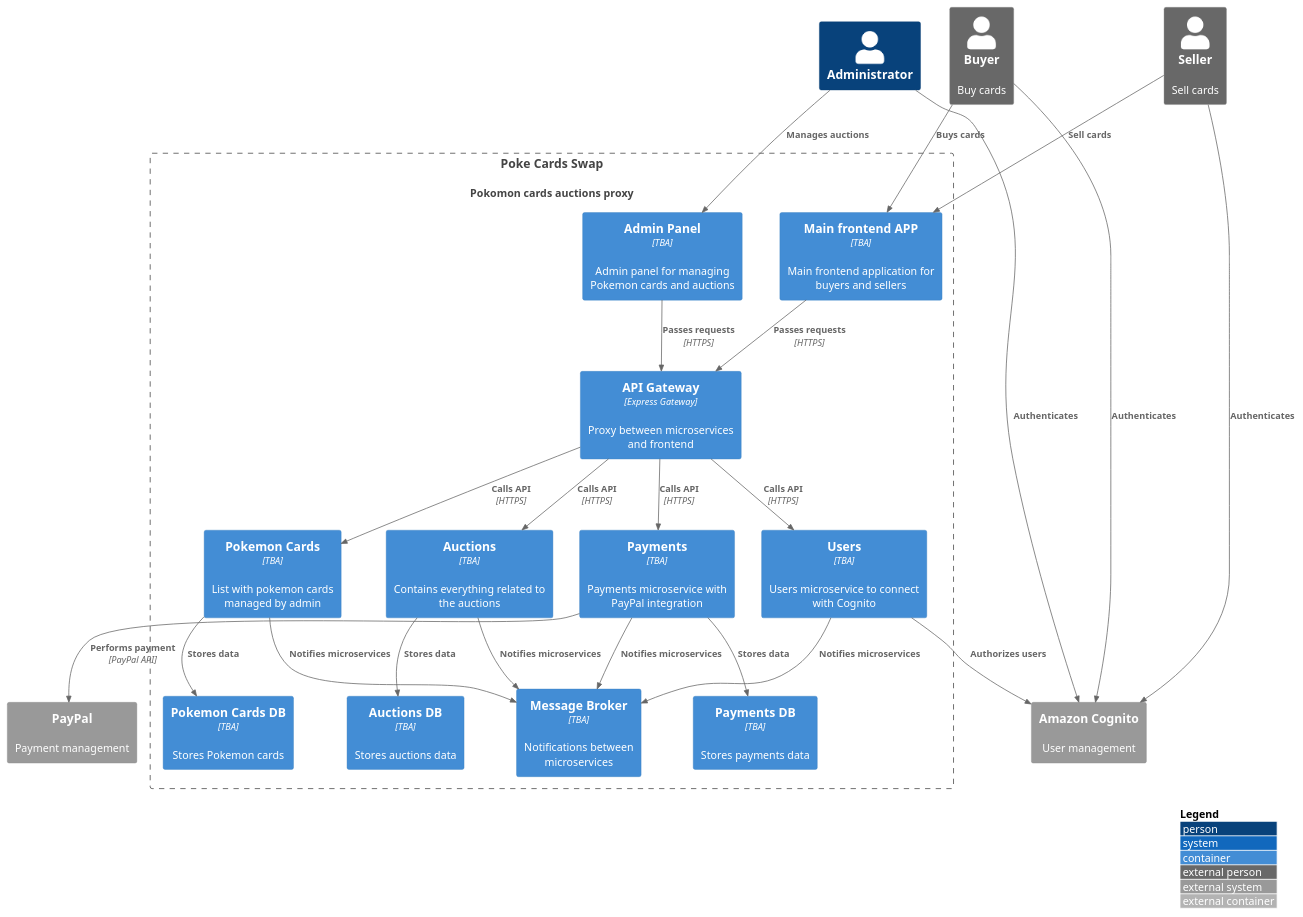
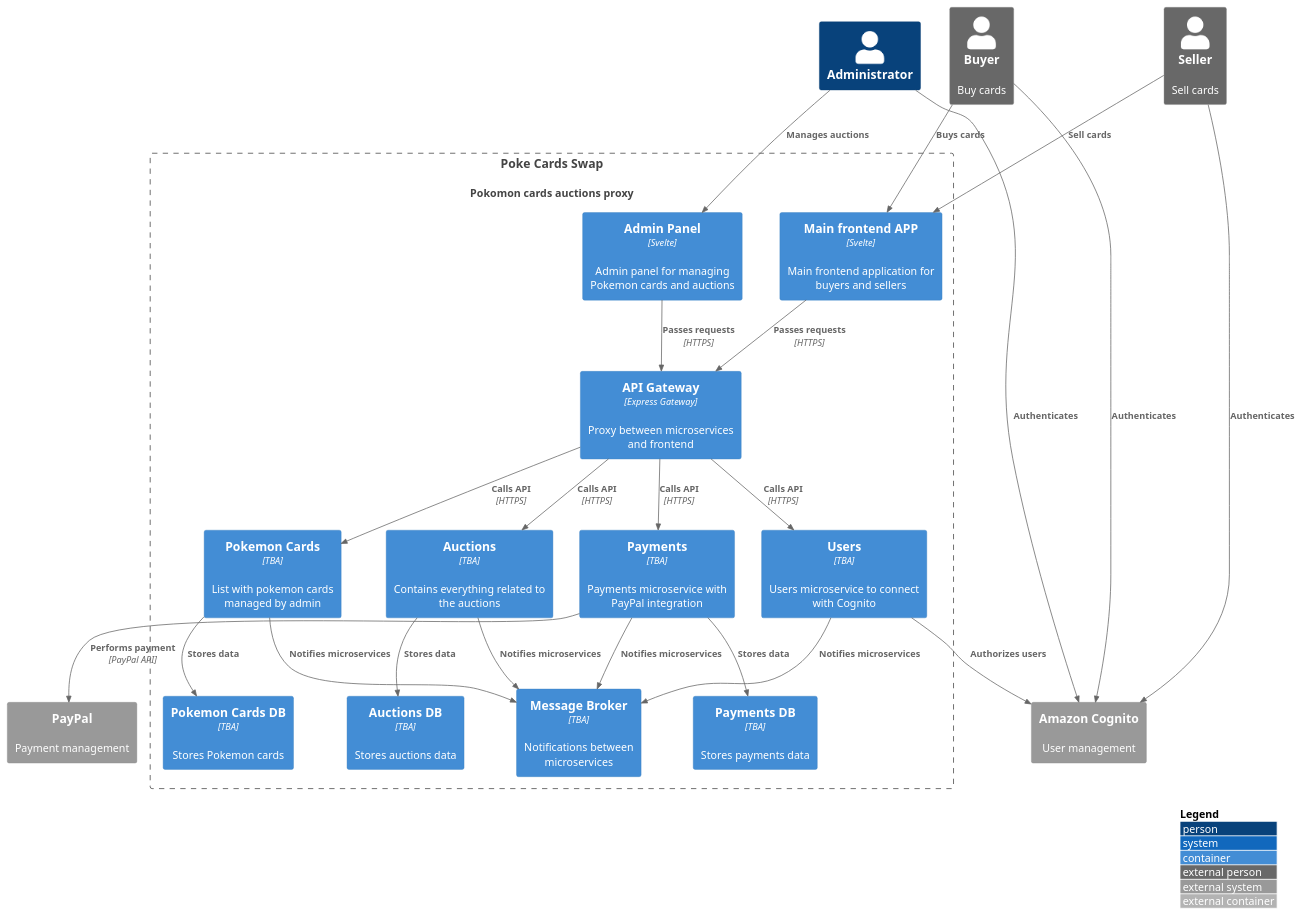
The diagram in docs/structure/PokeCards/system.puml (poke-cards-swap/poke-cards-swap), drawn with PlantUML before and after one commit.

Commit message:
Use Svelte for frontend

```diff
--- a/docs/structure/PokeCards/system.puml
+++ b/docs/structure/PokeCards/system.puml
@@ -1,66 +1,66 @@
 @startuml
 !include https://raw.githubusercontent.com/adrianvlupu/C4-PlantUML/latest/C4_Container.puml
 
 LAYOUT_WITH_LEGEND()
 
 Person(admin, "Administrator")
 
 Person_Ext(buyer, "Buyer", "Buy cards")
 Person_Ext(seller, "Seller", "Sell cards")
 
 System(pokemoncards, "Poke Cards Swap", "Pokomon cards auctions proxy")
 
 System_Ext(cognito, "Amazon Cognito", "User management")
 System_Ext(paypal, "PayPal", "Payment management")
 
 System_Boundary(pokemoncards, "Poke Cards Swap") {
     Container(cards, "Pokemon Cards", "TBA", "List with pokemon cards managed by admin")
     Container(cardsdb, "Pokemon Cards DB", "TBA", "Stores Pokemon cards")
 
     Container(auctions, "Auctions", "TBA", "Contains everything related to the auctions")
     Container(auctionsdb, "Auctions DB", "TBA", "Stores auctions data")
 
     Container(users, "Users", "TBA", "Users microservice to connect with Cognito")
 
     Container(payments, "Payments", "TBA", "Payments microservice with PayPal integration")
     Container(paymentsdb, "Payments DB", "TBA", "Stores payments data")
 
     Container(messagebroker, "Message Broker", "TBA", "Notifications between microservices")
 
-    Container(adminpanel, "Admin Panel", "TBA", "Admin panel for managing Pokemon cards and auctions")
-    Container(cardsfrontend, "Main frontend APP", "TBA", "Main frontend application for buyers and sellers")
+    Container(adminpanel, "Admin Panel", "Svelte", "Admin panel for managing Pokemon cards and auctions")
+    Container(cardsfrontend, "Main frontend APP", "Svelte", "Main frontend application for buyers and sellers")
 
     Container(expressgateway, "API Gateway", "Express Gateway", "Proxy between microservices and frontend")
 
     Rel(adminpanel, expressgateway, "Passes requests", "HTTPS")
     Rel(cardsfrontend, expressgateway, "Passes requests", "HTTPS")
 
     Rel(expressgateway, cards, "Calls API", "HTTPS")
     Rel(expressgateway, auctions, "Calls API", "HTTPS")
     Rel(expressgateway, payments, "Calls API", "HTTPS")
     Rel(expressgateway, users, "Calls API", "HTTPS")
 
     Rel(cards, cardsdb, "Stores data")
     Rel(auctions, auctionsdb, "Stores data")
     Rel(payments, paymentsdb, "Stores data")
 
     Rel(cards, messagebroker, "Notifies microservices")
     Rel(auctions, messagebroker, "Notifies microservices")
     Rel(payments, messagebroker, "Notifies microservices")
     Rel(users, messagebroker, "Notifies microservices")
 }
 
 Rel(payments, paypal, "Performs payment", "PayPal API")
 
 Rel(admin, adminpanel, "Manages auctions")
 
 Rel(buyer, cardsfrontend, "Buys cards")
 Rel(seller, cardsfrontend, "Sell cards")
 
 Rel(buyer, cognito, "Authenticates")
 Rel(admin, cognito, "Authenticates")
 Rel(seller, cognito, "Authenticates")
 
 Rel(users, cognito, "Authorizes users")
 
 @enduml
```
